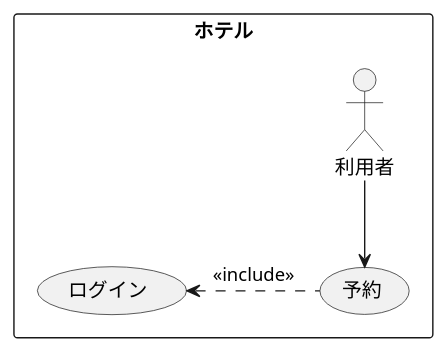
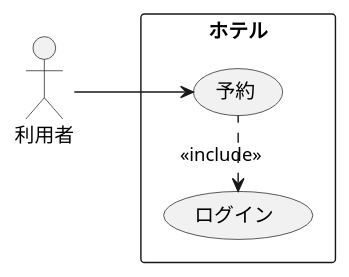
One commit to hitokin/uml_introduction changed the diagram in 演習2-3_ホテル宿泊予約.pu. Above: the diagram before and after it, drawn with PlantUML. The commit also changed 4 other files, not shown here.

```diff
--- a/演習2-3_ホテル宿泊予約.pu
+++ b/演習2-3_ホテル宿泊予約.pu
@@ -1,10 +1,10 @@
 @startuml ユースケース図
-' left to right direction
+left to right direction
+actor 利用者
 rectangle ホテル {
-actor 利用者
 usecase 予約
 usecase ログイン
 }
 ログイン <. 予約 : <<include>>
 利用者 --> 予約
 @enduml
```
